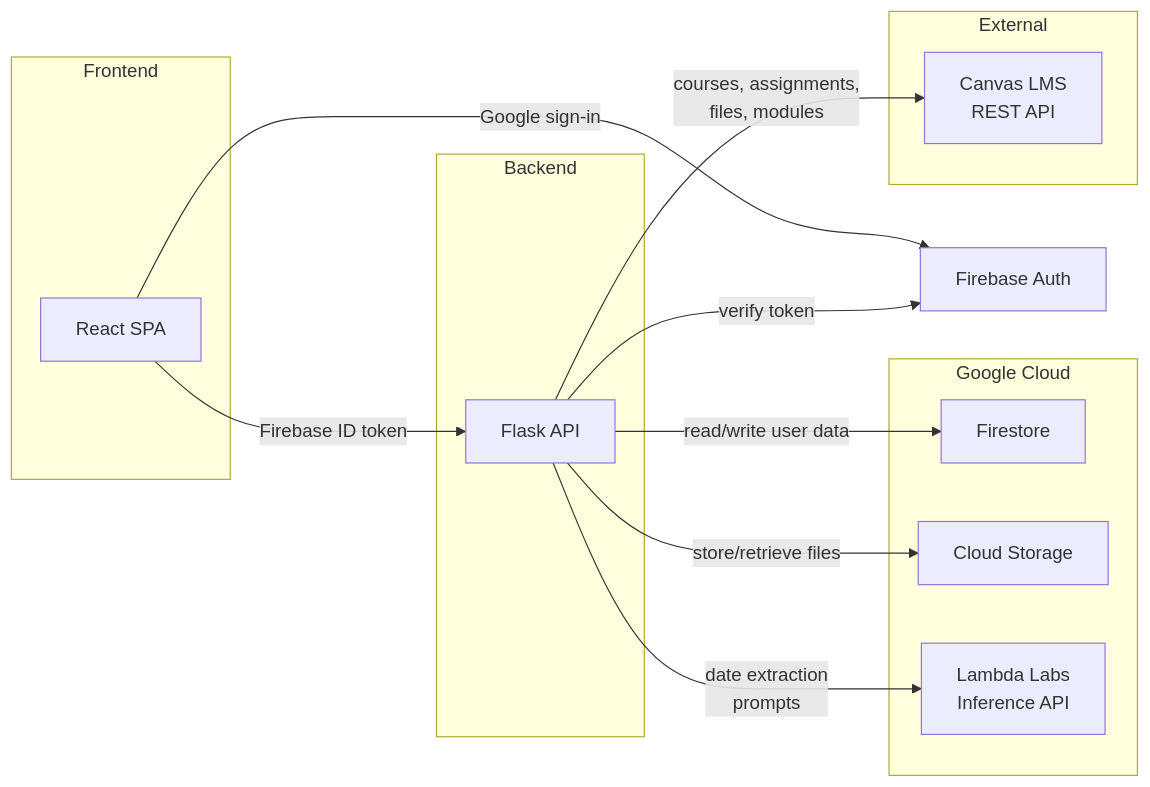
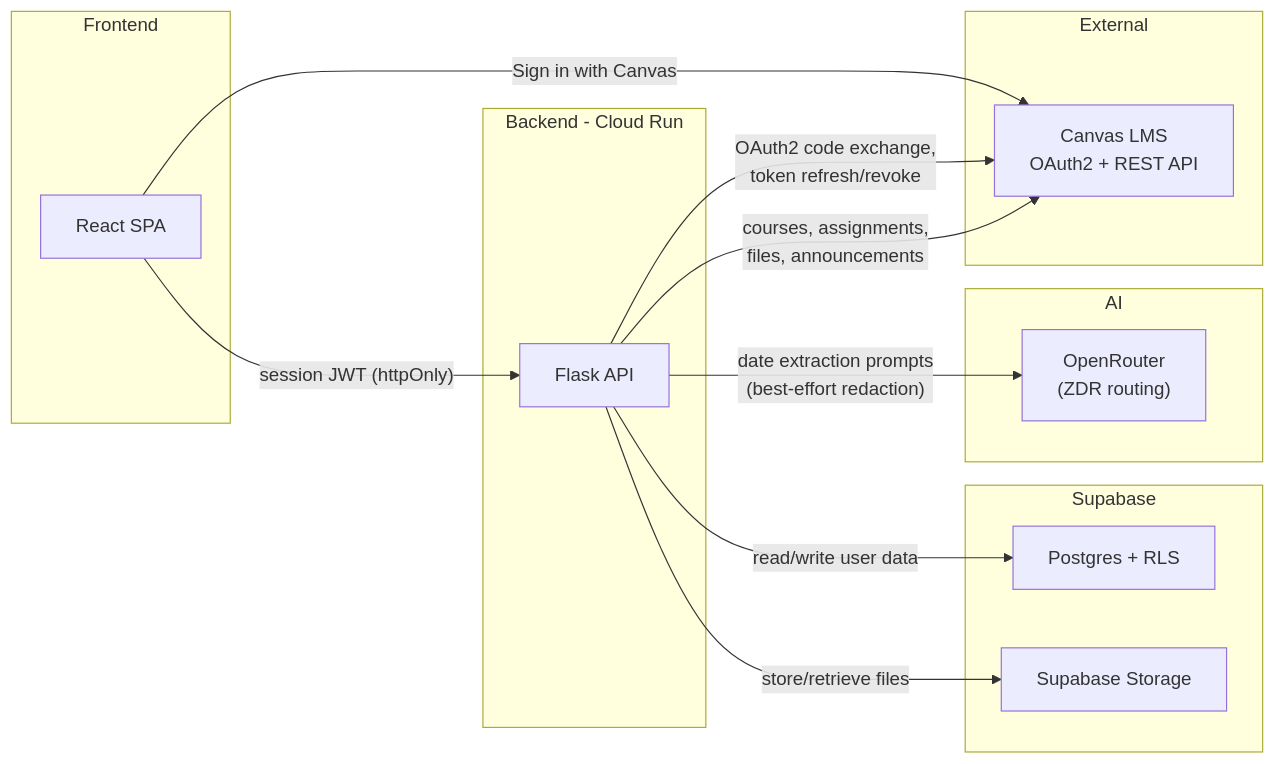
The diagram in README.md (PabloSobreviela/Canvas-Organizer), drawn with Mermaid before and after one commit. The commit also changed other lines of this file and 75 other files, not shown here.

````diff
--- a/README.md
+++ b/README.md
@@ -28,28 +42,31 @@
 ```mermaid
 flowchart LR
     subgraph client [Frontend]
         React["React SPA"]
     end
 
-    subgraph backend [Backend]
+    subgraph backend [Backend - Cloud Run]
         Flask["Flask API"]
     end
 
-    subgraph google [Google Cloud]
-        Firestore["Firestore"]
-        GCS["Cloud Storage"]
-        LambdaAI["Lambda Labs\nInference API"]
+    subgraph supa [Supabase]
+        Postgres["Postgres + RLS"]
+        Storage["Supabase Storage"]
+    end
+
+    subgraph ai [AI]
+        OpenRouter["OpenRouter\n(ZDR routing)"]
     end
 
     subgraph external [External]
-        Canvas["Canvas LMS\nREST API"]
+        Canvas["Canvas LMS\nOAuth2 + REST API"]
     end
 
-    React -->|"Firebase ID token"| Flask
-    React -->|"Google sign-in"| FirebaseAuth["Firebase Auth"]
-    Flask -->|"verify token"| FirebaseAuth
-    Flask -->|"read/write user data"| Firestore
-    Flask -->|"store/retrieve files"| GCS
-    Flask -->|"date extraction\nprompts"| LambdaAI
-    Flask -->|"courses, assignments,\nfiles, modules"| Canvas
+    React -->|"session JWT (httpOnly)"| Flask
+    React -->|"Sign in with Canvas"| Canvas
+    Flask -->|"OAuth2 code exchange,\ntoken refresh/revoke"| Canvas
+    Flask -->|"courses, assignments,\nfiles, announcements"| Canvas
+    Flask -->|"read/write user data"| Postgres
+    Flask -->|"store/retrieve files"| Storage
+    Flask -->|"date extraction prompts\n(best-effort redaction)"| OpenRouter
 ```
````
